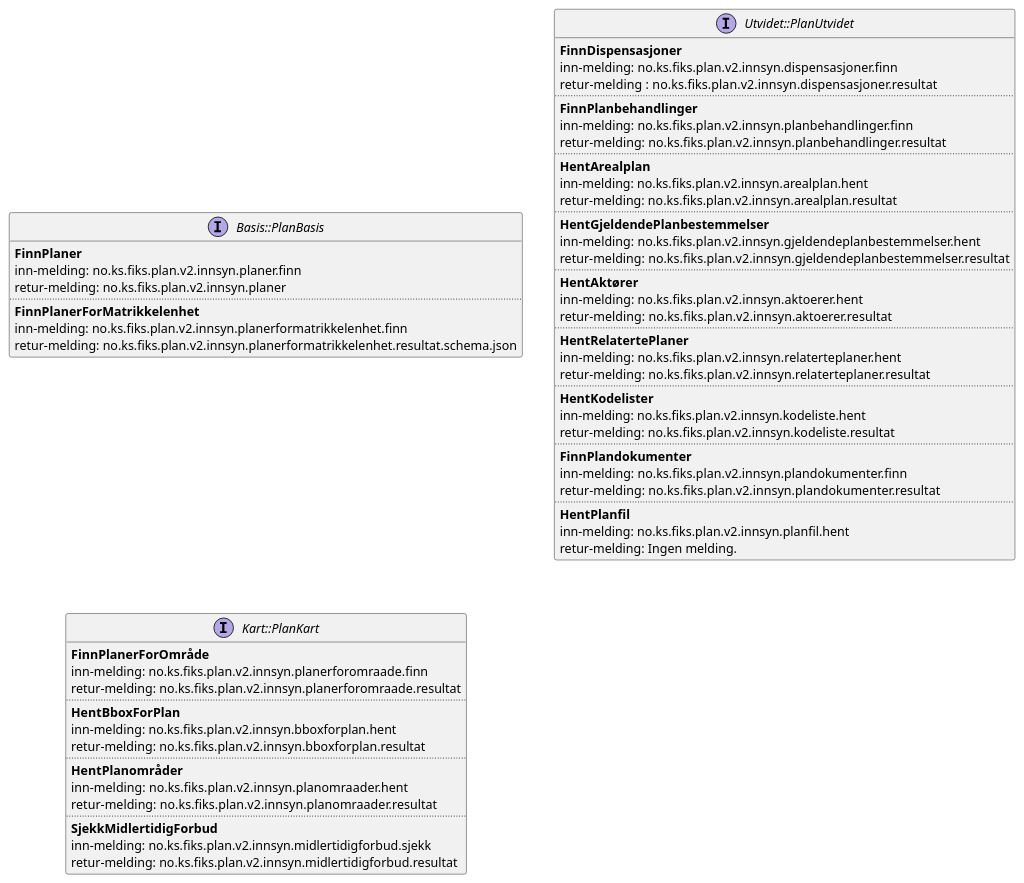
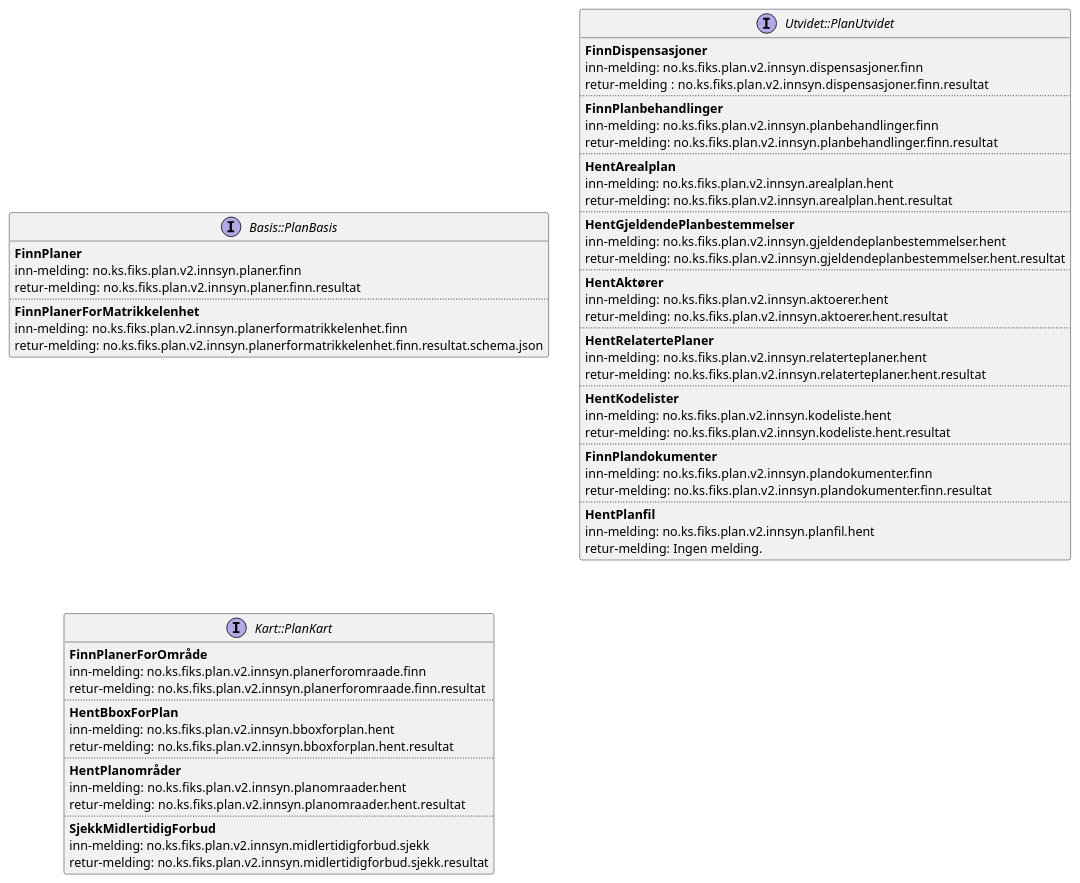
Before and after one commit to ks-no/fiks-plan-specification: the diagram in Dokumentasjon/V2/GI/Innsyn/gi-service-til-fiks-plan-meldinger.puml, drawn with PlantUML. The commit also changed 1 other file, not shown here.

```diff
--- a/Dokumentasjon/V2/GI/Innsyn/gi-service-til-fiks-plan-meldinger.puml
+++ b/Dokumentasjon/V2/GI/Innsyn/gi-service-til-fiks-plan-meldinger.puml
@@ -1,69 +1,69 @@
 @startuml
 
 interface Basis::PlanBasis {
     {method} **FinnPlaner**
     {method} inn-melding: no.ks.fiks.plan.v2.innsyn.planer.finn
-    {method} retur-melding: no.ks.fiks.plan.v2.innsyn.planer
+    {method} retur-melding: no.ks.fiks.plan.v2.innsyn.planer.finn.resultat
     ..
     {method} **FinnPlanerForMatrikkelenhet**
     {method} inn-melding: no.ks.fiks.plan.v2.innsyn.planerformatrikkelenhet.finn
-    {method} retur-melding: no.ks.fiks.plan.v2.innsyn.planerformatrikkelenhet.resultat.schema.json
+    {method} retur-melding: no.ks.fiks.plan.v2.innsyn.planerformatrikkelenhet.finn.resultat.schema.json
 }
 
 interface Utvidet::PlanUtvidet {
     {method} **FinnDispensasjoner**
     {method} inn-melding: no.ks.fiks.plan.v2.innsyn.dispensasjoner.finn 
-    {method} retur-melding :  no.ks.fiks.plan.v2.innsyn.dispensasjoner.resultat
+    {method} retur-melding :  no.ks.fiks.plan.v2.innsyn.dispensasjoner.finn.resultat
     ..
     {method} **FinnPlanbehandlinger**
     {method} inn-melding: no.ks.fiks.plan.v2.innsyn.planbehandlinger.finn
-    {method} retur-melding: no.ks.fiks.plan.v2.innsyn.planbehandlinger.resultat
+    {method} retur-melding: no.ks.fiks.plan.v2.innsyn.planbehandlinger.finn.resultat
     ..
     {method} **HentArealplan**
     {method} inn-melding: no.ks.fiks.plan.v2.innsyn.arealplan.hent
-    {method} retur-melding: no.ks.fiks.plan.v2.innsyn.arealplan.resultat
+    {method} retur-melding: no.ks.fiks.plan.v2.innsyn.arealplan.hent.resultat
     ..
     {method} **HentGjeldendePlanbestemmelser**
     {method} inn-melding: no.ks.fiks.plan.v2.innsyn.gjeldendeplanbestemmelser.hent
-    {method} retur-melding: no.ks.fiks.plan.v2.innsyn.gjeldendeplanbestemmelser.resultat
+    {method} retur-melding: no.ks.fiks.plan.v2.innsyn.gjeldendeplanbestemmelser.hent.resultat
     ..
     {method} **HentAktører**
     {method} inn-melding: no.ks.fiks.plan.v2.innsyn.aktoerer.hent
-    {method} retur-melding: no.ks.fiks.plan.v2.innsyn.aktoerer.resultat
+    {method} retur-melding: no.ks.fiks.plan.v2.innsyn.aktoerer.hent.resultat
     ..
     {method} **HentRelatertePlaner** 
     {method} inn-melding: no.ks.fiks.plan.v2.innsyn.relaterteplaner.hent
-    {method} retur-melding: no.ks.fiks.plan.v2.innsyn.relaterteplaner.resultat
+    {method} retur-melding: no.ks.fiks.plan.v2.innsyn.relaterteplaner.hent.resultat
     ..
     {method} **HentKodelister**
     {method} inn-melding: no.ks.fiks.plan.v2.innsyn.kodeliste.hent
-    {method} retur-melding: no.ks.fiks.plan.v2.innsyn.kodeliste.resultat
+    {method} retur-melding: no.ks.fiks.plan.v2.innsyn.kodeliste.hent.resultat
     ..
     {method} **FinnPlandokumenter**
     {method} inn-melding: no.ks.fiks.plan.v2.innsyn.plandokumenter.finn
-    {method} retur-melding: no.ks.fiks.plan.v2.innsyn.plandokumenter.resultat
+    {method} retur-melding: no.ks.fiks.plan.v2.innsyn.plandokumenter.finn.resultat
     ..
     {method} **HentPlanfil**
     {method} inn-melding: no.ks.fiks.plan.v2.innsyn.planfil.hent
     {method} retur-melding: Ingen melding. 
 }
 
 interface Kart::PlanKart {
     {method} **FinnPlanerForOmråde**
     {method} inn-melding: no.ks.fiks.plan.v2.innsyn.planerforomraade.finn
-    {method} retur-melding: no.ks.fiks.plan.v2.innsyn.planerforomraade.resultat
+    {method} retur-melding: no.ks.fiks.plan.v2.innsyn.planerforomraade.finn.resultat
     ..
     {method} **HentBboxForPlan**
     {method} inn-melding: no.ks.fiks.plan.v2.innsyn.bboxforplan.hent
-    {method} retur-melding: no.ks.fiks.plan.v2.innsyn.bboxforplan.resultat
+    {method} retur-melding: no.ks.fiks.plan.v2.innsyn.bboxforplan.hent.resultat
     ..
     {method} **HentPlanområder**
     {method} inn-melding: no.ks.fiks.plan.v2.innsyn.planomraader.hent
-    {method} retur-melding: no.ks.fiks.plan.v2.innsyn.planomraader.resultat
+    {method} retur-melding: no.ks.fiks.plan.v2.innsyn.planomraader.hent.resultat
     ..
     {method} **SjekkMidlertidigForbud**
     {method} inn-melding: no.ks.fiks.plan.v2.innsyn.midlertidigforbud.sjekk
-    {method} retur-melding: no.ks.fiks.plan.v2.innsyn.midlertidigforbud.resultat
+    {method} retur-melding: no.ks.fiks.plan.v2.innsyn.midlertidigforbud.sjekk.resultat
 }
 
 @enduml
```
